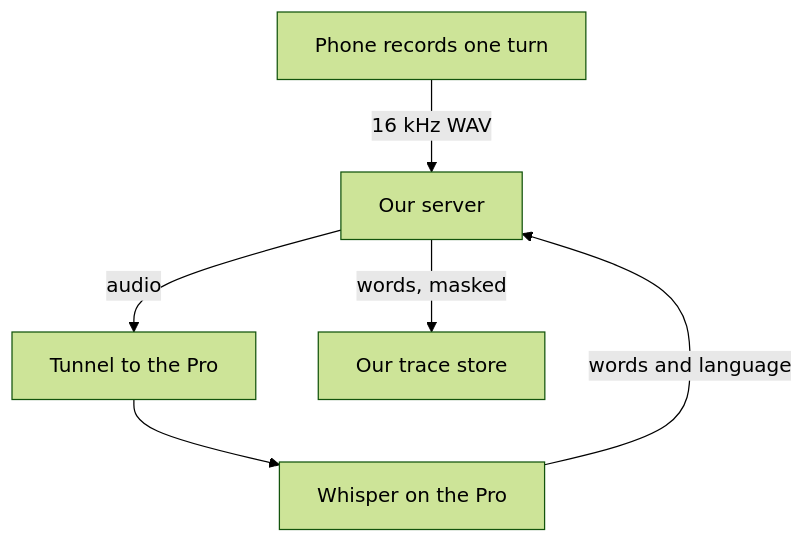
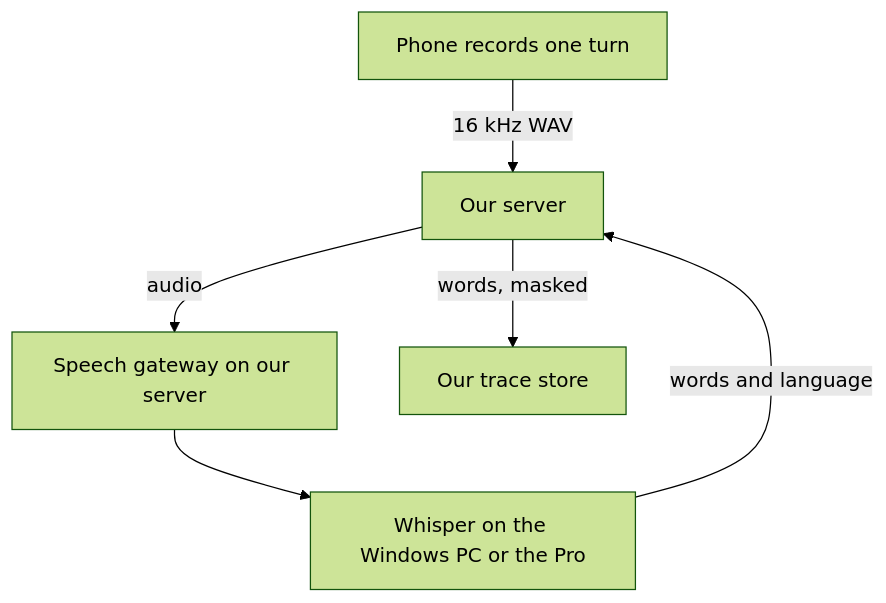
Before and after one commit to JLiu7/nyc-map-agent: the second of 2 diagrams in docs/PRIVACY.md, drawn with Mermaid (forest theme). The commit also changed other lines of this file and 8 other files, not shown here.

Commit message:
feat(voice): send speech through the shared speech gateway (#64)

````diff
--- a/docs/PRIVACY.md
+++ b/docs/PRIVACY.md
@@ -68,8 +68,8 @@
 ```mermaid
 graph TD
   P[Phone records one turn] -->|16 kHz WAV| S[Our server]
-  S -->|audio| T[Tunnel to the Pro]
-  T --> W[Whisper on the Pro]
+  S -->|audio| T[Speech gateway on our server]
+  T --> W[Whisper on the Windows PC or the Pro]
   W -->|words and language| S
   S -->|words, masked| X[Our trace store]
 ```
````
